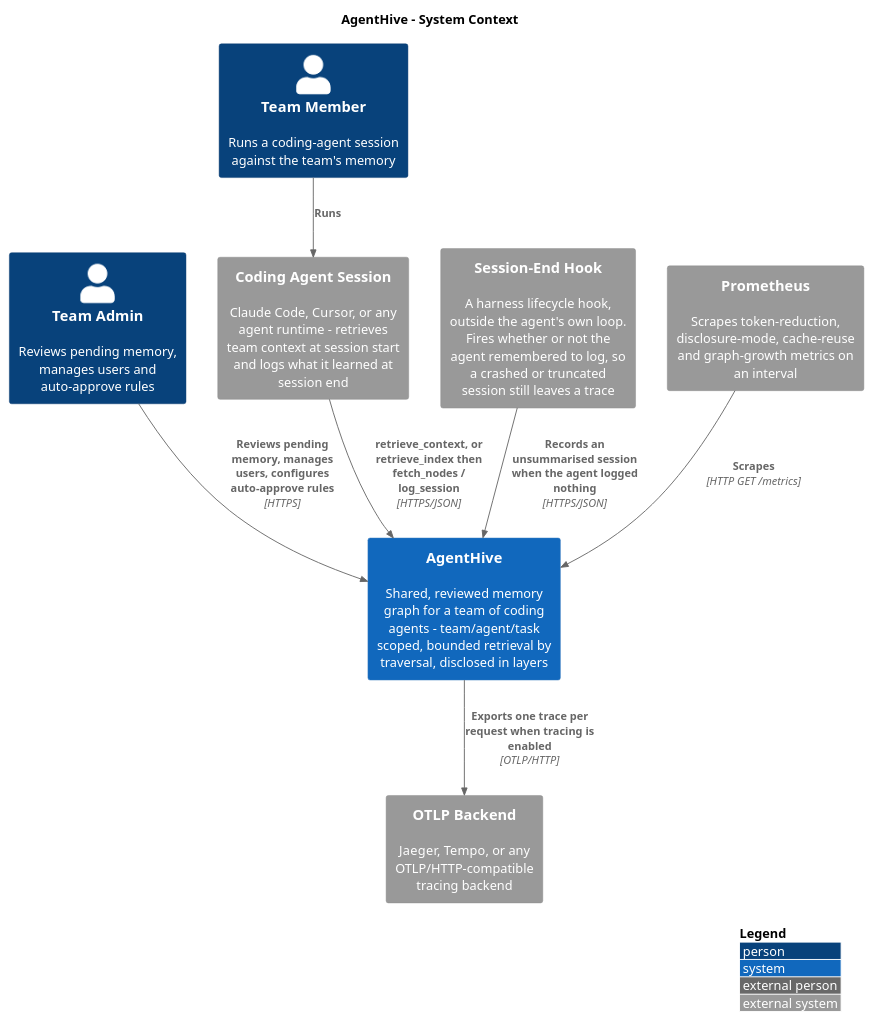
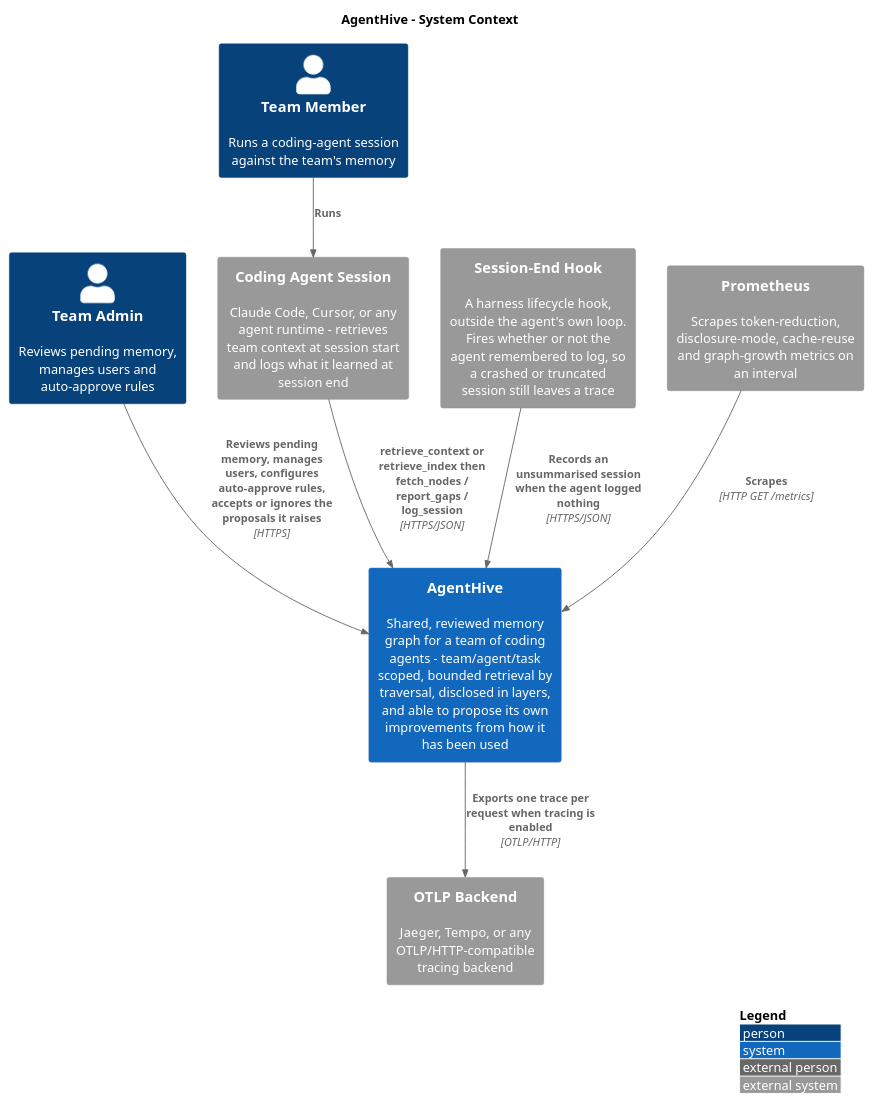
One commit to polarpoint-io/agenthive changed the diagram in docs/diagrams/c4-context.puml. Above: the diagram before and after it, drawn with PlantUML. The commit also changed 17 other files, not shown here.

```diff
--- a/docs/diagrams/c4-context.puml
+++ b/docs/diagrams/c4-context.puml
@@ -1,24 +1,24 @@
 @startuml
 !include https://raw.githubusercontent.com/plantuml-stdlib/C4-PlantUML/master/C4_Context.puml
 
 LAYOUT_WITH_LEGEND()
 title AgentHive - System Context
 
 Person(admin, "Team Admin", "Reviews pending memory, manages users and auto-approve rules")
 Person(member, "Team Member", "Runs a coding-agent session against the team's memory")
 
-System(agenthive, "AgentHive", "Shared, reviewed memory graph for a team of coding agents - team/agent/task scoped, bounded retrieval by traversal, disclosed in layers")
+System(agenthive, "AgentHive", "Shared, reviewed memory graph for a team of coding agents - team/agent/task scoped, bounded retrieval by traversal, disclosed in layers, and able to propose its own improvements from how it has been used")
 
 System_Ext(coding_agent, "Coding Agent Session", "Claude Code, Cursor, or any agent runtime - retrieves team context at session start and logs what it learned at session end")
 System_Ext(session_hook, "Session-End Hook", "A harness lifecycle hook, outside the agent's own loop. Fires whether or not the agent remembered to log, so a crashed or truncated session still leaves a trace")
 System_Ext(otel_backend, "OTLP Backend", "Jaeger, Tempo, or any OTLP/HTTP-compatible tracing backend")
 System_Ext(prometheus, "Prometheus", "Scrapes token-reduction, disclosure-mode, cache-reuse and graph-growth metrics on an interval")
 
 Rel(member, coding_agent, "Runs")
-Rel(coding_agent, agenthive, "retrieve_context, or retrieve_index then fetch_nodes / log_session", "HTTPS/JSON")
+Rel(coding_agent, agenthive, "retrieve_context or retrieve_index then fetch_nodes / report_gaps / log_session", "HTTPS/JSON")
 Rel(session_hook, agenthive, "Records an unsummarised session when the agent logged nothing", "HTTPS/JSON")
-Rel(admin, agenthive, "Reviews pending memory, manages users, configures auto-approve rules", "HTTPS")
+Rel(admin, agenthive, "Reviews pending memory, manages users, configures auto-approve rules, accepts or ignores the proposals it raises", "HTTPS")
 Rel(agenthive, otel_backend, "Exports one trace per request when tracing is enabled", "OTLP/HTTP")
 Rel(prometheus, agenthive, "Scrapes", "HTTP GET /metrics")
 
 @enduml
```
